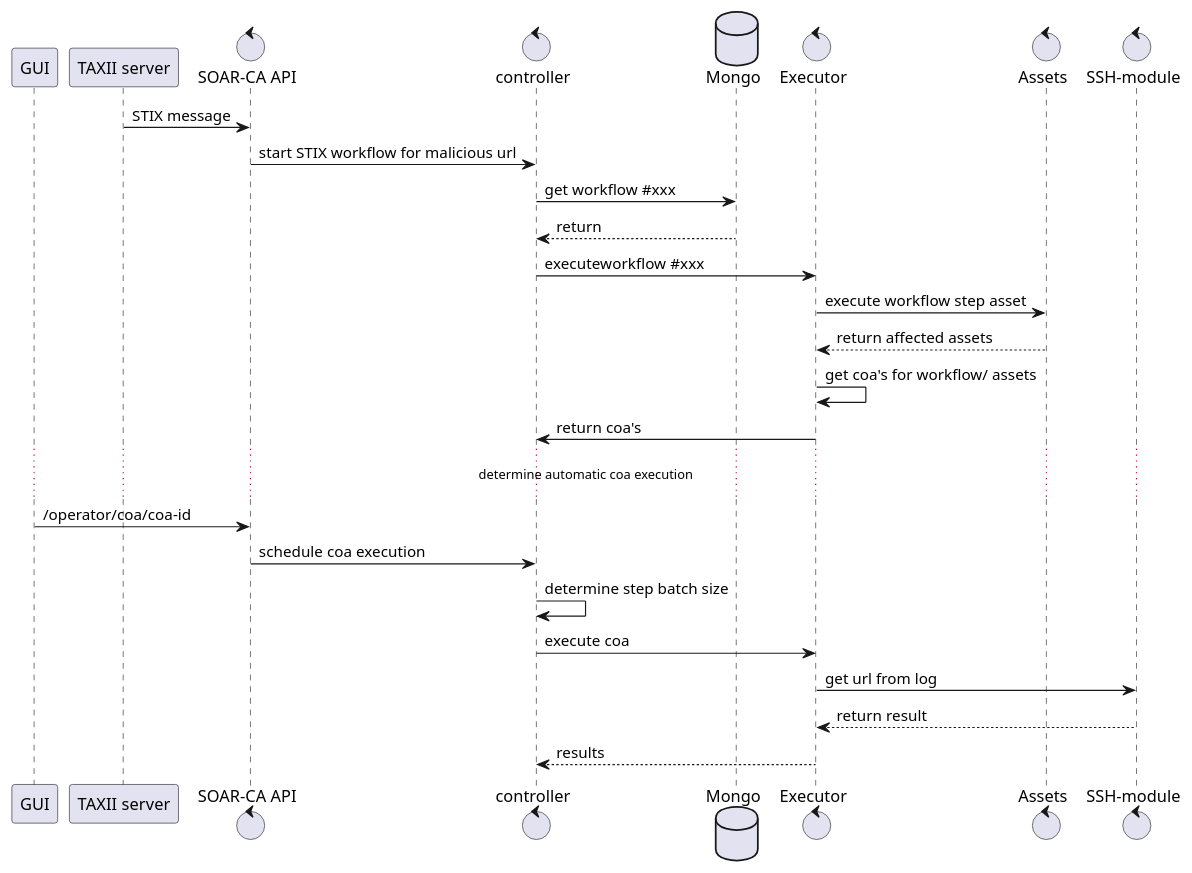
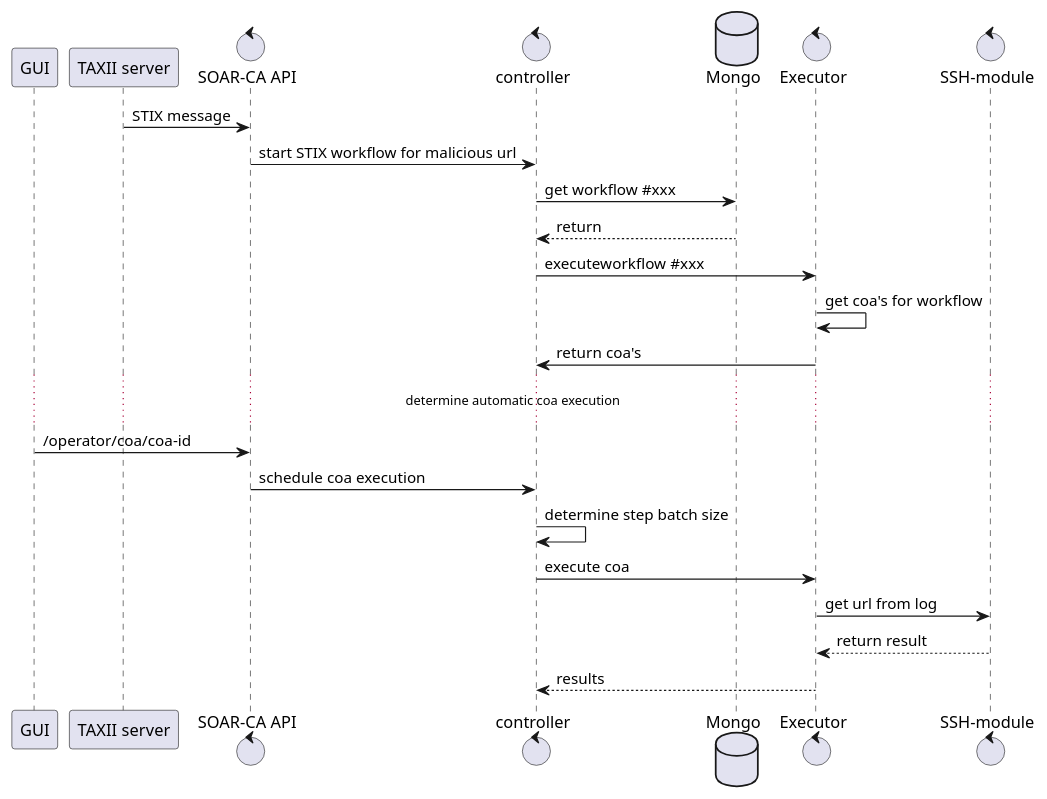
Before and after one commit to COSSAS/SOARCA: the first of 25 diagrams in doc/soarca-api.adoc, drawn with PlantUML. The commit also changed other lines of this file and 16 other files, not shown here.

```diff
--- a/doc/soarca-api.adoc
+++ b/doc/soarca-api.adoc
@@ -10,42 +15,40 @@
 [plantuml, target=soar-ca-sequences-ui-api]
 ....
 @startuml
 participant "GUI" as gui
 participant "TAXII server" as caller
 control "SOAR-CA API" as api
 control "controller" as controller
 database "Mongo" as db
 control "Executor" as exe
-control "Assets" as asset
+
 control "SSH-module" as ssh
 
 caller -> api : STIX message
 api -> controller : start STIX workflow for malicious url
 controller -> db : get workflow #xxx
 controller <-- db : return
 controller -> exe : executeworkflow #xxx
-exe -> asset : execute workflow step asset
-exe <-- asset : return affected assets
 
-exe -> exe : get coa's for workflow/ assets
+exe -> exe : get coa's for workflow
 controller <- exe : return coa's
 
 ... determine automatic coa execution ...
 
 gui -> api : /operator/coa/coa-id
 api -> controller : schedule coa execution
 controller -> controller : determine step batch size
 controller -> exe : execute coa 
 exe -> ssh : get url from log
 exe <-- ssh : return result
 controller <-- exe : results
 
 
 
 
 
 
 
 
 @enduml
 ....
```
